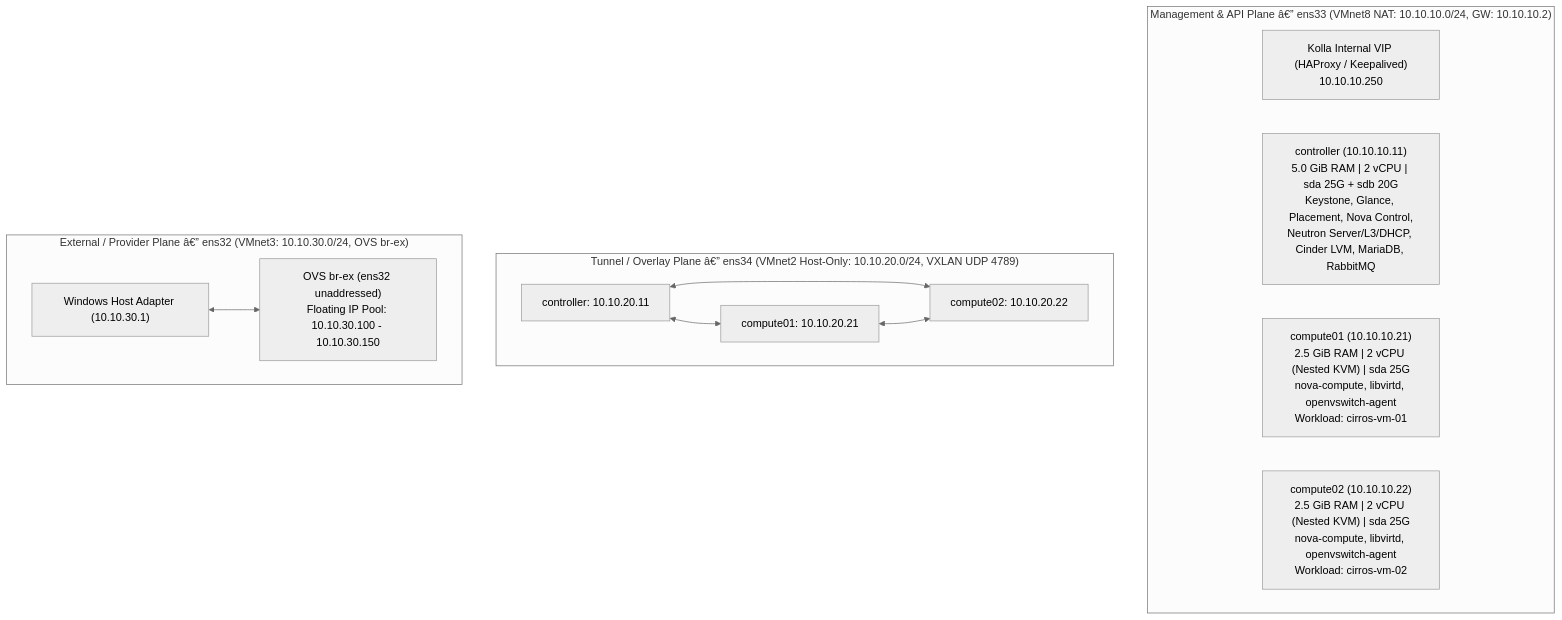
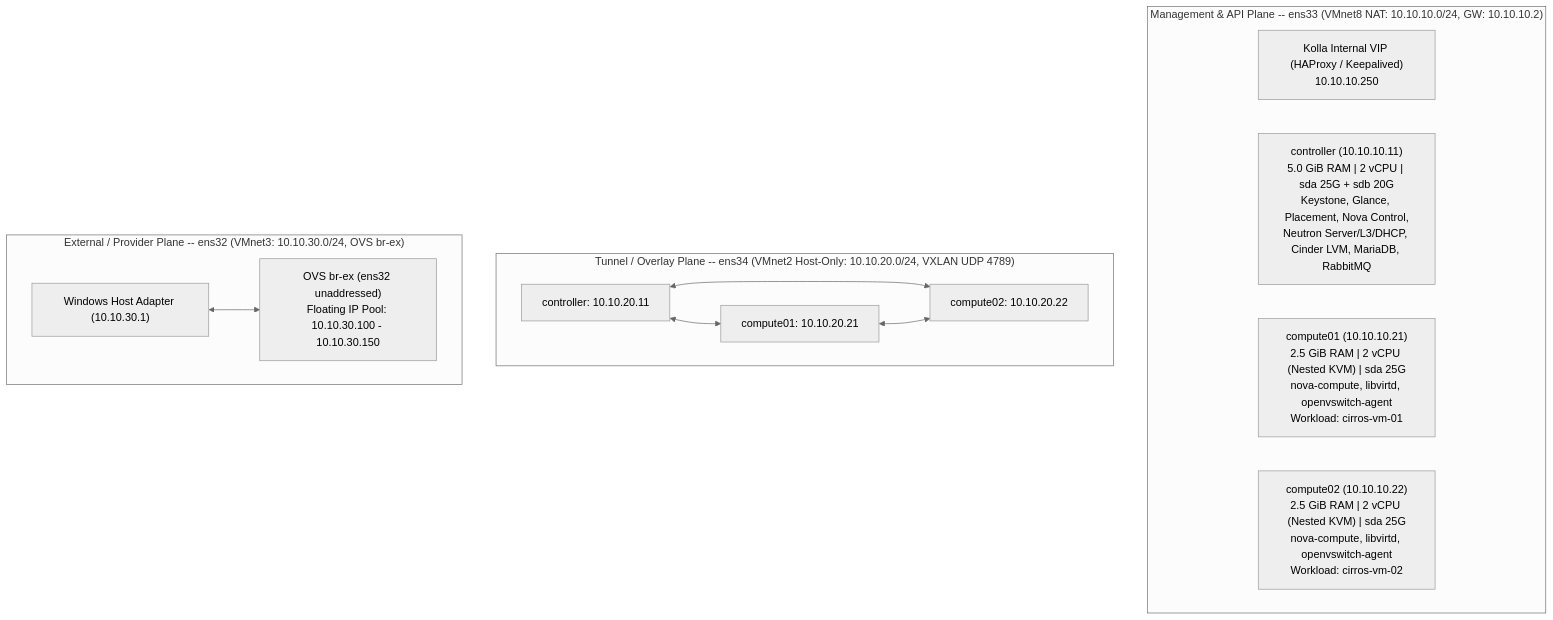
One commit to whysari/openstack-caracal-multinode changed the diagram in README.md. Above: the diagram before and after it, drawn with Mermaid (neutral theme). The commit also changed other lines of this file and 4 other files, not shown here.

````diff
--- a/README.md
+++ b/README.md
@@ -19,19 +19,19 @@
 ```mermaid
 flowchart TB
-    subgraph MGMT["Management & API Plane â€” ens33 (VMnet8 NAT: 10.10.10.0/24, GW: 10.10.10.2)"]
+    subgraph MGMT["Management & API Plane -- ens33 (VMnet8 NAT: 10.10.10.0/24, GW: 10.10.10.2)"]
         VIP["Kolla Internal VIP (HAProxy / Keepalived)<br/>10.10.10.250"]
         CTRL["controller (10.10.10.11)<br/>5.0 GiB RAM | 2 vCPU | sda 25G + sdb 20G<br/>Keystone, Glance, Placement, Nova Control,<br/>Neutron Server/L3/DHCP, Cinder LVM, MariaDB, RabbitMQ"]
         COMP1["compute01 (10.10.10.21)<br/>2.5 GiB RAM | 2 vCPU (Nested KVM) | sda 25G<br/>nova-compute, libvirtd, openvswitch-agent<br/>Workload: cirros-vm-01"]
         COMP2["compute02 (10.10.10.22)<br/>2.5 GiB RAM | 2 vCPU (Nested KVM) | sda 25G<br/>nova-compute, libvirtd, openvswitch-agent<br/>Workload: cirros-vm-02"]
     end
 
-    subgraph TUN["Tunnel / Overlay Plane â€” ens34 (VMnet2 Host-Only: 10.10.20.0/24, VXLAN UDP 4789)"]
+    subgraph TUN["Tunnel / Overlay Plane -- ens34 (VMnet2 Host-Only: 10.10.20.0/24, VXLAN UDP 4789)"]
         CTRL_T["controller: 10.10.20.11"] <--> COMP1_T["compute01: 10.10.20.21"]
         CTRL_T <--> COMP2_T["compute02: 10.10.20.22"]
         COMP1_T <--> COMP2_T
     end
 
-    subgraph EXT["External / Provider Plane â€” ens32 (VMnet3: 10.10.30.0/24, OVS br-ex)"]
+    subgraph EXT["External / Provider Plane -- ens32 (VMnet3: 10.10.30.0/24, OVS br-ex)"]
         HOST_GW["Windows Host Adapter (10.10.30.1)"] <--> BREX["OVS br-ex (ens32 unaddressed)<br/>Floating IP Pool: 10.10.30.100 - 10.10.30.150"]
     end
 ```
````
